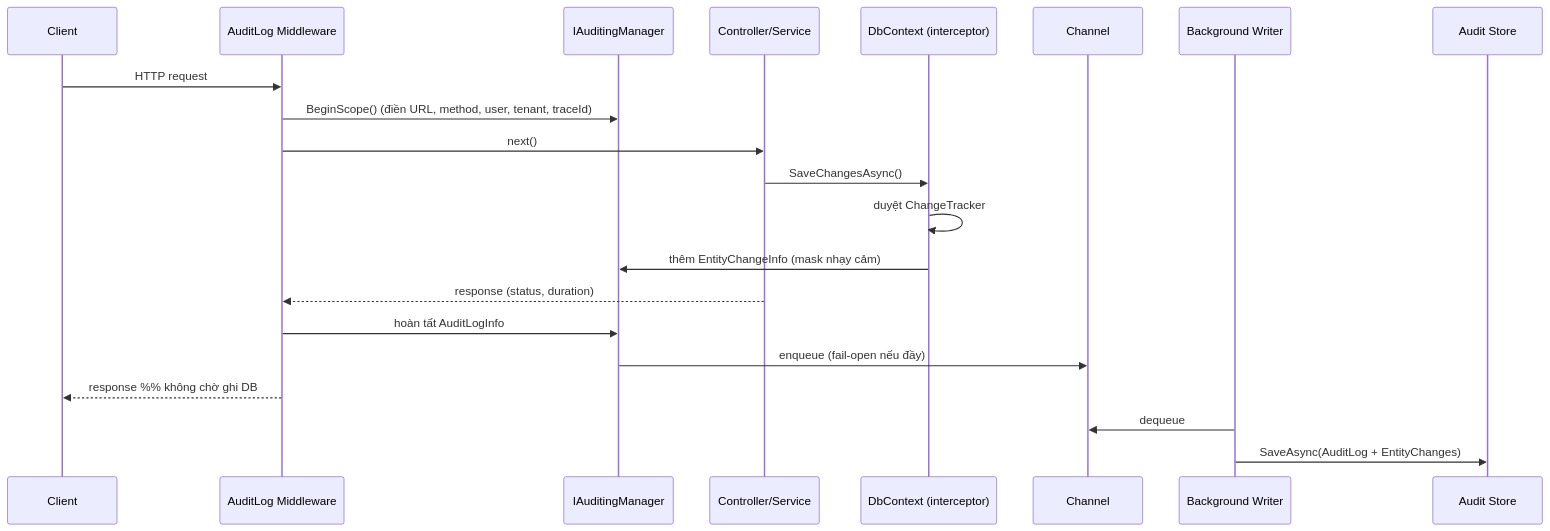
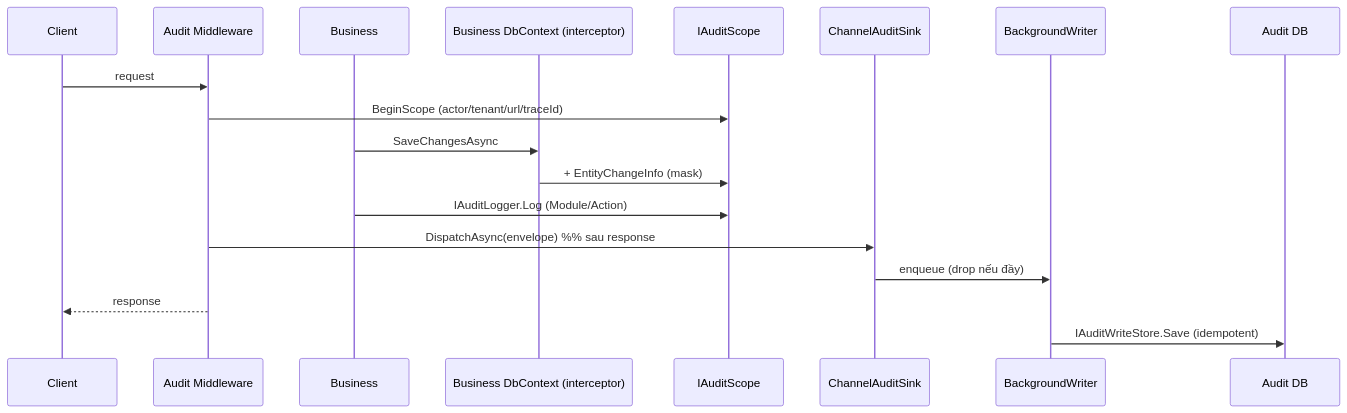
Before and after one commit to hoangnh2412/jarvis: the first of 3 diagrams in ADRs/2026-07-20-adr-auditing.md, drawn with Mermaid. The commit also changed other lines of this file and 1 other file, not shown here.

First line of the commit message:
Enhance ADR documentation for Frontend architecture in Jarvis framework

````diff
--- a/ADRs/2026-07-20-adr-auditing.md
+++ b/ADRs/2026-07-20-adr-auditing.md
@@ -167,24 +192,21 @@
 ```mermaid
 sequenceDiagram
     participant C as Client
-    participant MW as AuditLog Middleware
-    participant M as IAuditingManager
-    participant APP as Controller/Service
-    participant DB as DbContext (interceptor)
-    participant CH as Channel
-    participant W as Background Writer
-    participant S as Audit Store
+    participant MW as Audit Middleware
+    participant APP as Business
+    participant DB as Business DbContext (interceptor)
+    participant SC as IAuditScope
+    participant SK as ChannelAuditSink
+    participant W as BackgroundWriter
+    participant S as Audit DB
 
-    C->>MW: HTTP request
-    MW->>M: BeginScope() (điền URL, method, user, tenant, traceId)
-    MW->>APP: next()
-    APP->>DB: SaveChangesAsync()
-    DB->>DB: duyệt ChangeTracker
-    DB->>M: thêm EntityChangeInfo (mask nhạy cảm)
-    APP-->>MW: response (status, duration)
-    MW->>M: hoàn tất AuditLogInfo
-    M->>CH: enqueue (fail-open nếu đầy)
-    MW-->>C: response  %% không chờ ghi DB
-    W->>CH: dequeue
-    W->>S: SaveAsync(AuditLog + EntityChanges)
+    C->>MW: request
+    MW->>SC: BeginScope (actor/tenant/url/traceId)
+    APP->>DB: SaveChangesAsync
+    DB->>SC: + EntityChangeInfo (mask)
+    APP->>SC: IAuditLogger.Log (Module/Action)
+    MW->>SK: DispatchAsync(envelope)   %% sau response
+    SK->>W: enqueue (drop nếu đầy)
+    MW-->>C: response
+    W->>S: IAuditWriteStore.Save (idempotent)
 ```
````
